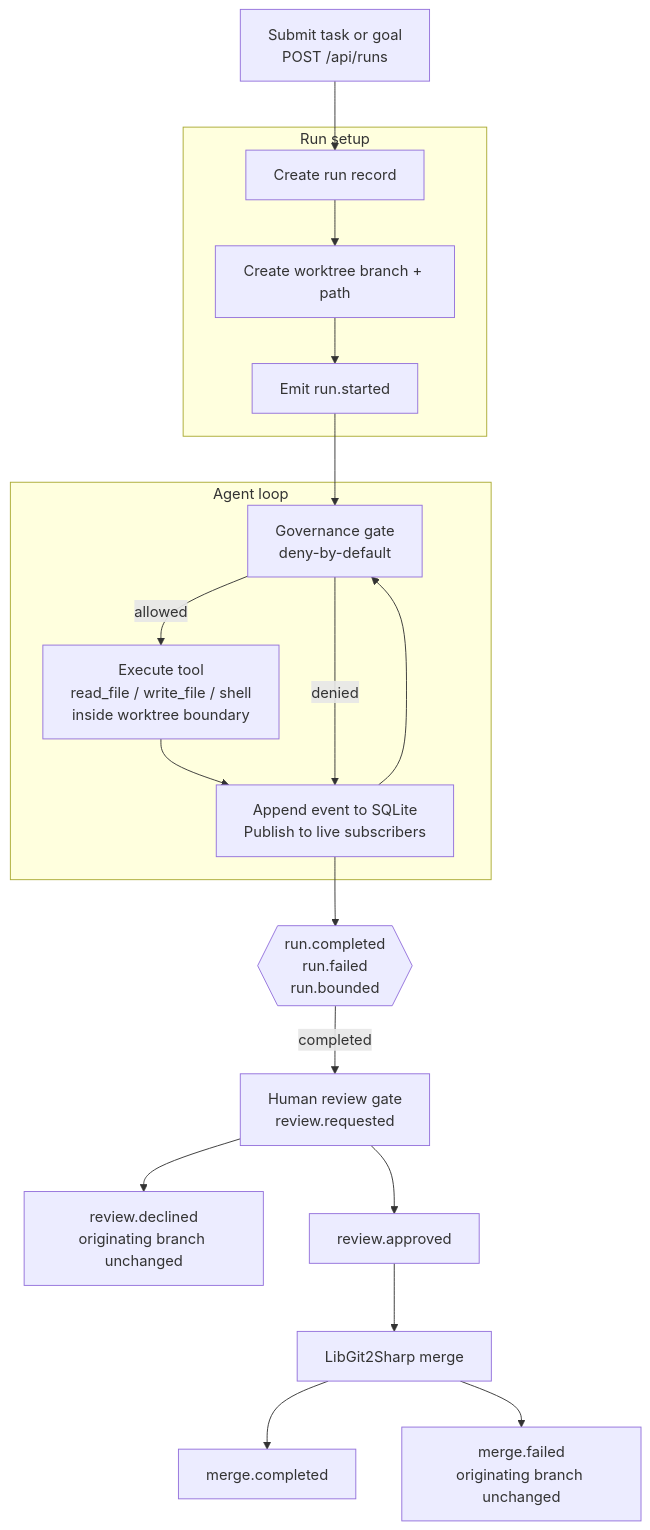
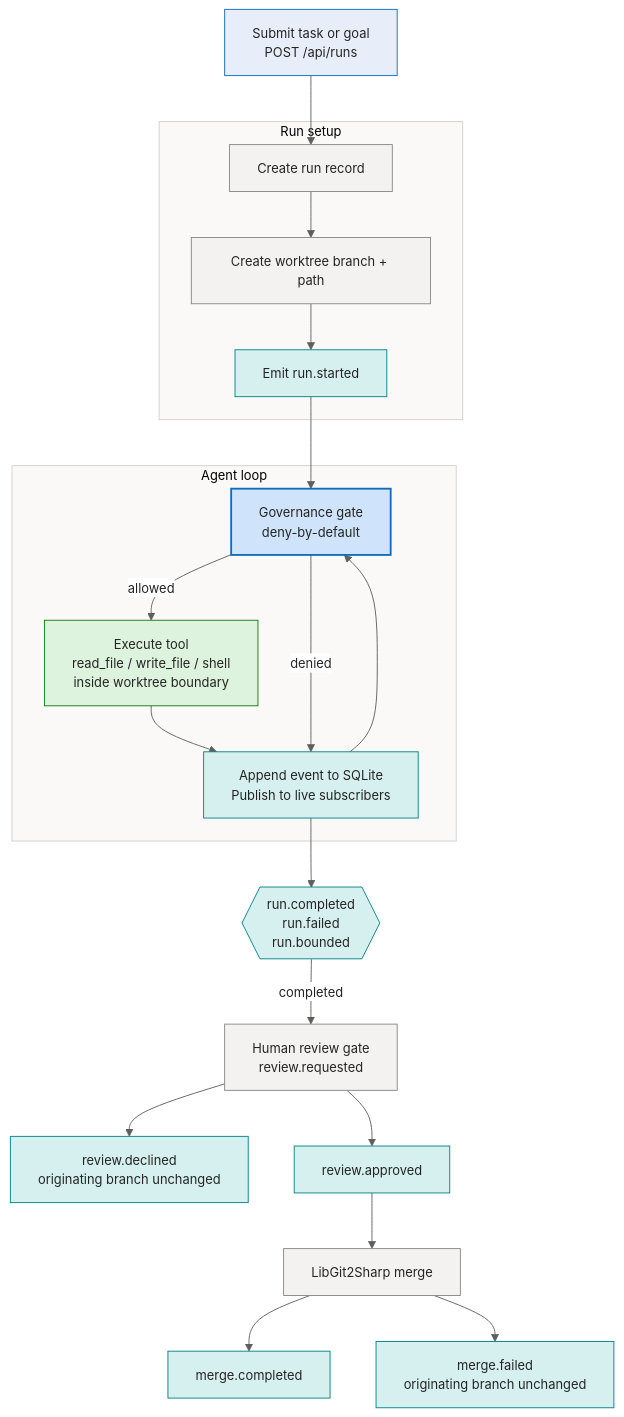
One commit to sabbour/agentweaver changed the second of 2 diagrams in docs/architecture/overview.md. Above: the diagram before and after it, drawn with Mermaid. The commit also changed other lines of this file and 13 other files, not shown here.

````diff
--- a/docs/architecture/overview.md
+++ b/docs/architecture/overview.md
@@ -11,37 +95,52 @@
 ```mermaid
+%%{init: {'theme':'base','themeVariables':{'fontFamily':'Segoe UI, system-ui, -apple-system, sans-serif','fontSize':'14px','primaryColor':'#E8EEF9','primaryBorderColor':'#0F6CBD','primaryTextColor':'#242424','lineColor':'#605E5C','clusterBkg':'#FAF9F8','clusterBorder':'#D2D0CE','edgeLabelBackground':'#FFFFFF'}}}%%
 flowchart TD
     Submit["Submit task or goal<br/>POST /api/runs"]
 
     subgraph setup["Run setup"]
         Record["Create run record"]
         Worktree["Create worktree branch + path"]
         Started["Emit run.started"]
     end
 
     subgraph loop["Agent loop"]
         Gate["Governance gate<br/>deny-by-default"]
         Tools["Execute tool<br/>read_file / write_file / shell<br/>inside worktree boundary"]
         Events["Append event to SQLite<br/>Publish to live subscribers"]
     end
 
     Terminal{{"run.completed<br/>run.failed<br/>run.bounded"}}
 
     Review["Human review gate<br/>review.requested"]
 
     Declined["review.declined<br/>originating branch unchanged"]
     Approved["review.approved"]
     Merge["LibGit2Sharp merge"]
     MergeOK["merge.completed"]
     MergeFail["merge.failed<br/>originating branch unchanged"]
 
     Submit --> Record --> Worktree --> Started
     Started --> Gate
     Gate -->|"allowed"| Tools --> Events --> Gate
     Gate -->|"denied"| Events
     Events --> Terminal
     Terminal -->|"completed"| Review
     Review --> Declined
     Review --> Approved --> Merge
     Merge --> MergeOK
     Merge --> MergeFail
+
+    classDef client fill:#E8EEF9,stroke:#0F6CBD,stroke-width:1px,color:#242424;
+    classDef svc fill:#F3F2F1,stroke:#8A8886,stroke-width:1px,color:#242424;
+    classDef core fill:#CFE4FA,stroke:#0F6CBD,stroke-width:2px,color:#242424;
+    classDef data fill:#FFF4CE,stroke:#C19C00,stroke-width:1px,color:#242424;
+    classDef ext fill:#F0E8F8,stroke:#8764B8,stroke-width:1px,color:#242424;
+    classDef runtime fill:#DDF3DD,stroke:#107C10,stroke-width:1px,color:#242424;
+    classDef evt fill:#D6F0F0,stroke:#038387,stroke-width:1px,color:#242424;
+
+    class Submit client;
+    class Record,Worktree,Review,Merge svc;
+    class Gate core;
+    class Tools runtime;
+    class Started,Events,Terminal,Declined,Approved,MergeOK,MergeFail evt;
 ```
````
